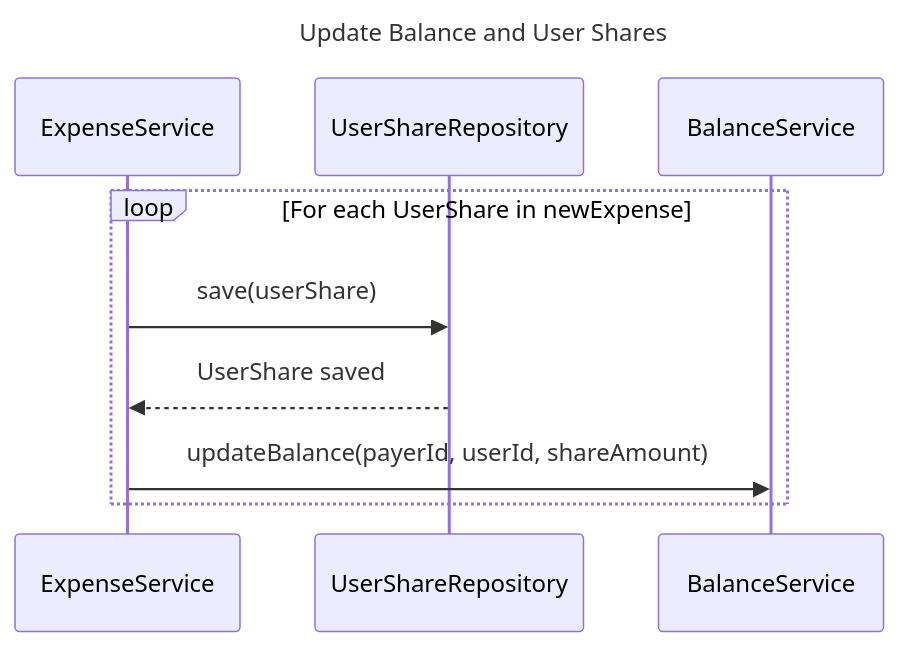
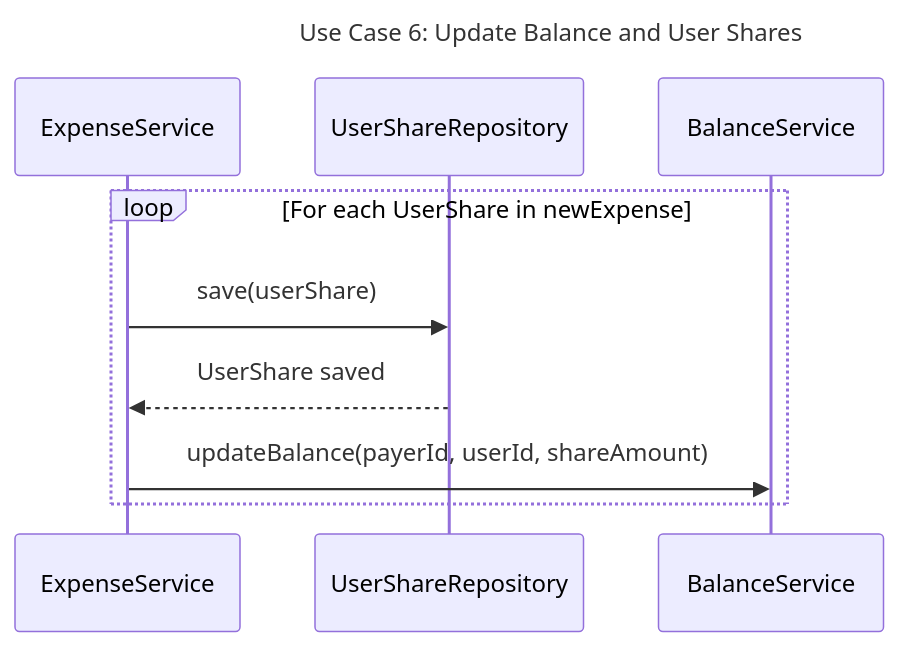
One commit to UniOfGreenwich/elee1149-coursework--team-chlk changed the diagram in ArchitectureDiagrams/SequenceDiagrams/sequenceDiagram6.mmd. Above: the diagram before and after it, drawn with Mermaid. The commit also changed 2 other files, not shown here.

```diff
--- a/ArchitectureDiagrams/SequenceDiagrams/sequenceDiagram6.mmd
+++ b/ArchitectureDiagrams/SequenceDiagrams/sequenceDiagram6.mmd
@@ -1,11 +1,14 @@
+---
+## Sequence Diagram for user case 6
+---
 sequenceDiagram
-    title Update Balance and User Shares
+    title Use Case 6: Update Balance and User Shares
     participant ExpenseService
     participant UserShareRepository
     participant BalanceService
 
     loop For each UserShare in newExpense
         ExpenseService->>UserShareRepository: save(userShare)
         UserShareRepository-->>ExpenseService: UserShare saved
         ExpenseService->>BalanceService: updateBalance(payerId, userId, shareAmount)
     end
```
